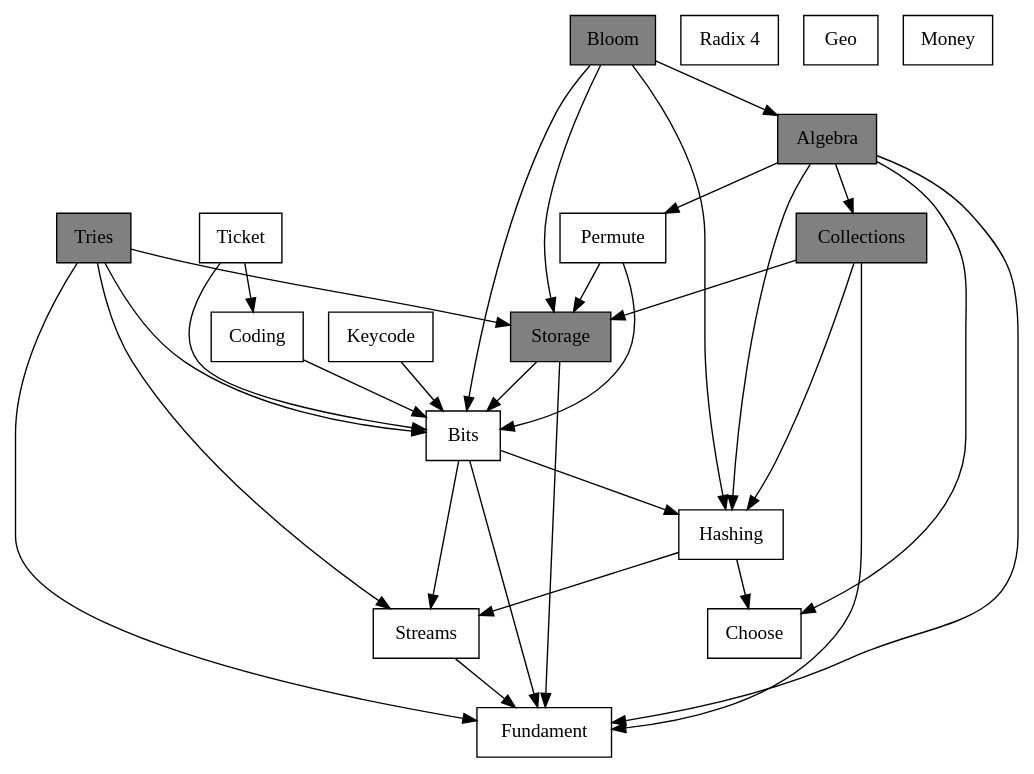
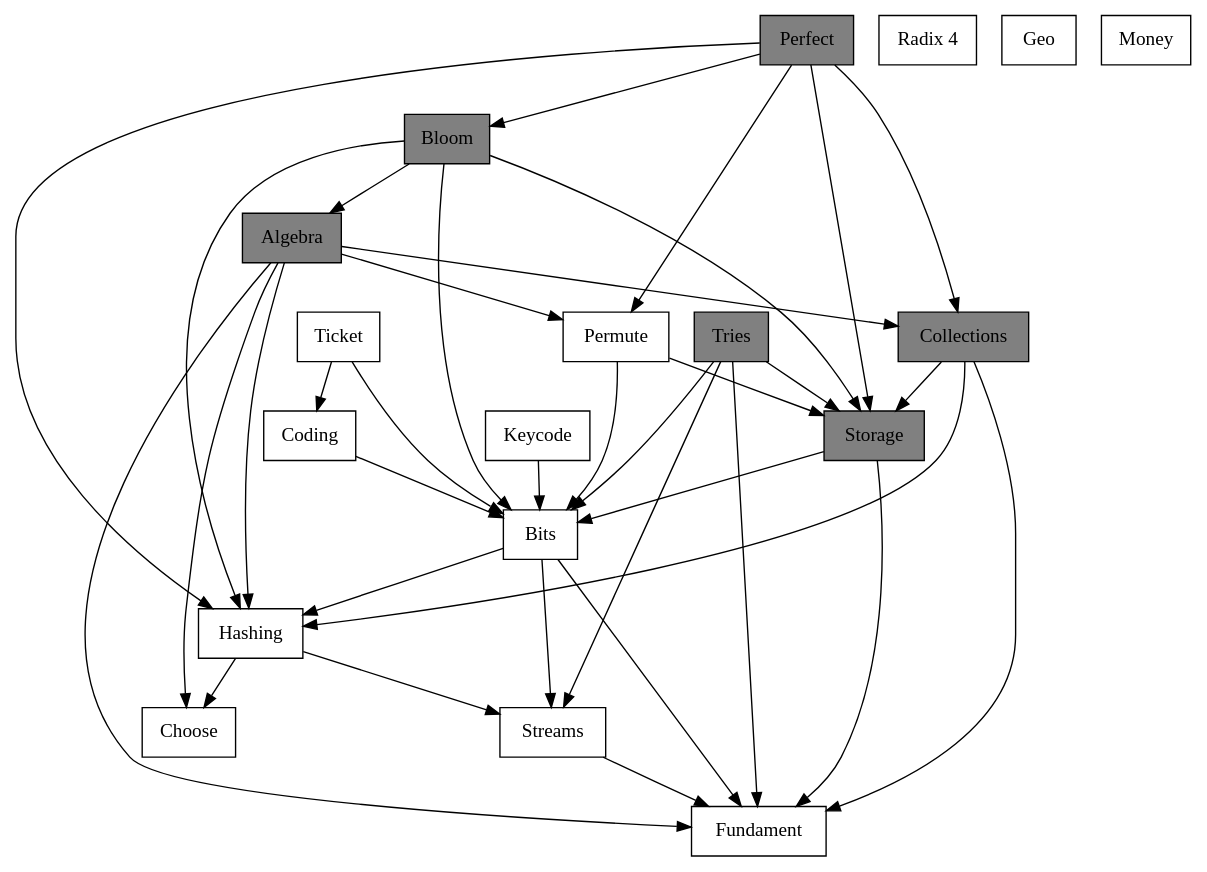
Before and after one commit to tomgibara/github: the diagram in dependencies.dot, drawn with Graphviz. The commit also changed 2 other files, not shown here.

Commit message:
Adds perfect library to dependencies.

```diff
--- a/dependencies.dot
+++ b/dependencies.dot
@@ -1,50 +1,52 @@
 digraph dependencies {
 
   node [shape="box", style="filled", fillcolor="white"]
 
+  perfect   [label="Perfect"      fillcolor="gray"];
   bloom     [label="Bloom",       fillcolor="gray"];
   algebra   [label="Algebra",     fillcolor="gray"];
   collect   [label="Collections", fillcolor="gray"];
   tries     [label="Tries",       fillcolor="gray"];
   storage   [label="Storage",     fillcolor="gray"];
 
   ticket    [label="Ticket"];
   radix4    [label="Radix 4"];
   keycode   [label="Keycode"];
   coding    [label="Coding"];
   permute   [label="Permute"];
   bits      [label="Bits"];
   hashing   [label="Hashing"];
   streams   [label="Streams"];
   geo       [label="Geo"];
   money     [label="Money"];
   choose    [label="Choose"];
   fundament [label="Fundament"];
 
+  perfect -> {hashing bloom collect storage permute}
 
   bloom -> {algebra storage bits hashing}
 
   algebra -> {hashing collect permute choose fundament}
 
   collect -> {storage hashing fundament}
 
   tries -> {storage bits streams fundament}
 
 
   ticket -> {coding bits}
 
   keycode -> bits;
 
   coding -> bits;
 
   permute -> { storage bits}
 
   storage -> {bits fundament}
 
   bits -> {hashing streams fundament}
 
   hashing -> {streams choose}
 
   streams -> fundament;
 
 }
```
